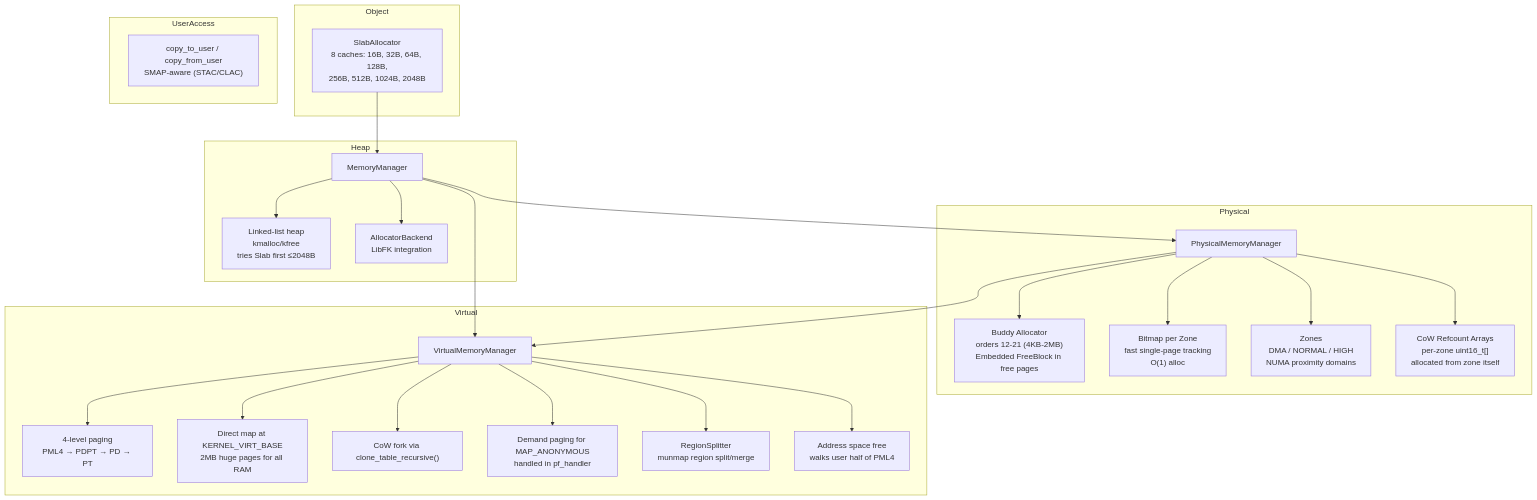
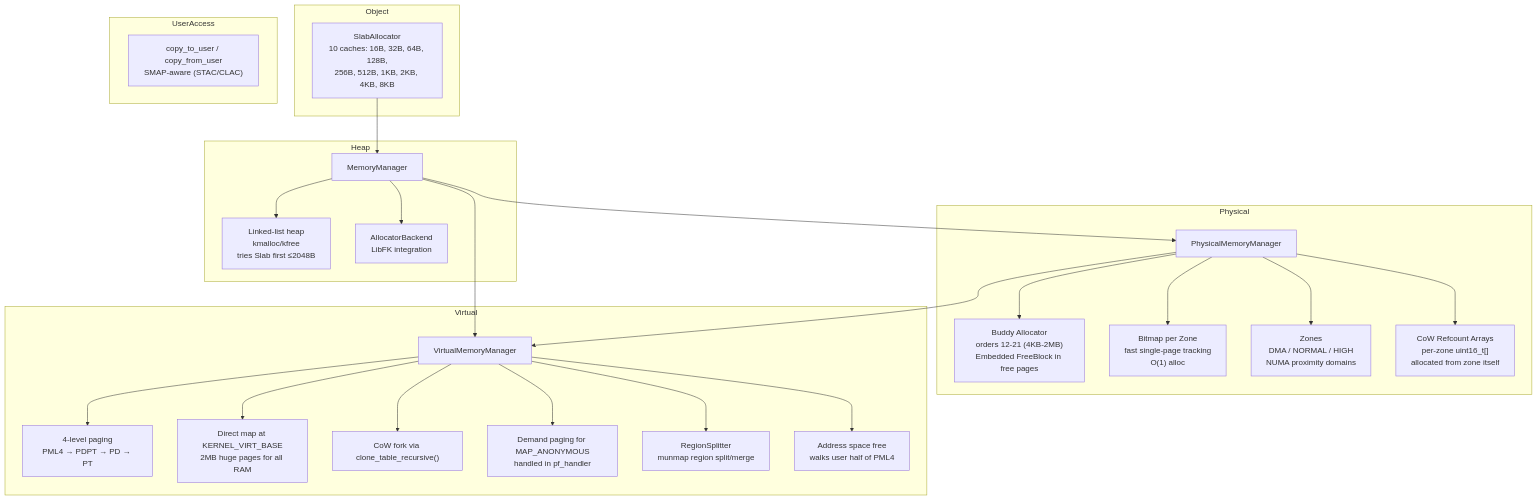
Before and after one commit to KitsuneBSD/FKernel: the diagram in Docs/Kernel/Memory/README.md, drawn with Mermaid. The commit also changed other lines of this file and 25 other files, not shown here.

````diff
--- a/Docs/Kernel/Memory/README.md
+++ b/Docs/Kernel/Memory/README.md
@@ -9,39 +9,39 @@
 ```mermaid
 flowchart TD
     subgraph Physical
         A["PhysicalMemoryManager"]
         A --> B["Buddy Allocator<br/>orders 12-21 (4KB-2MB)<br/>Embedded FreeBlock in free pages"]
         A --> C["Bitmap per Zone<br/>fast single-page tracking<br/>O(1) alloc"]
         A --> D["Zones<br/>DMA / NORMAL / HIGH<br/>NUMA proximity domains"]
         A --> E["CoW Refcount Arrays<br/>per-zone uint16_t[]<br/>allocated from zone itself"]
     end
 
     subgraph Object
-        F["SlabAllocator<br/>8 caches: 16B, 32B, 64B, 128B,<br/>256B, 512B, 1024B, 2048B"]
+        F["SlabAllocator<br/>10 caches: 16B, 32B, 64B, 128B,<br/>256B, 512B, 1KB, 2KB, 4KB, 8KB"]
     end
 
     subgraph Virtual
         G["VirtualMemoryManager"]
         G --> H["4-level paging<br/>PML4 → PDPT → PD → PT"]
         G --> I["Direct map at KERNEL_VIRT_BASE<br/>2MB huge pages for all RAM"]
         G --> J["CoW fork via clone_table_recursive()"]
         G --> K["Demand paging for MAP_ANONYMOUS<br/>handled in pf_handler"]
         G --> L["RegionSplitter<br/>munmap region split/merge"]
         G --> M["Address space free<br/>walks user half of PML4"]
     end
 
     subgraph Heap
         N["MemoryManager"]
         N --> O["Linked-list heap<br/>kmalloc/kfree<br/>tries Slab first ≤2048B"]
         N --> P["AllocatorBackend<br/>LibFK integration"]
     end
 
     subgraph UserAccess
         Q["copy_to_user / copy_from_user<br/>SMAP-aware (STAC/CLAC)"]
     end
 
     A --> G
     F --> N
     N --> A
     N --> G
 ```
````
